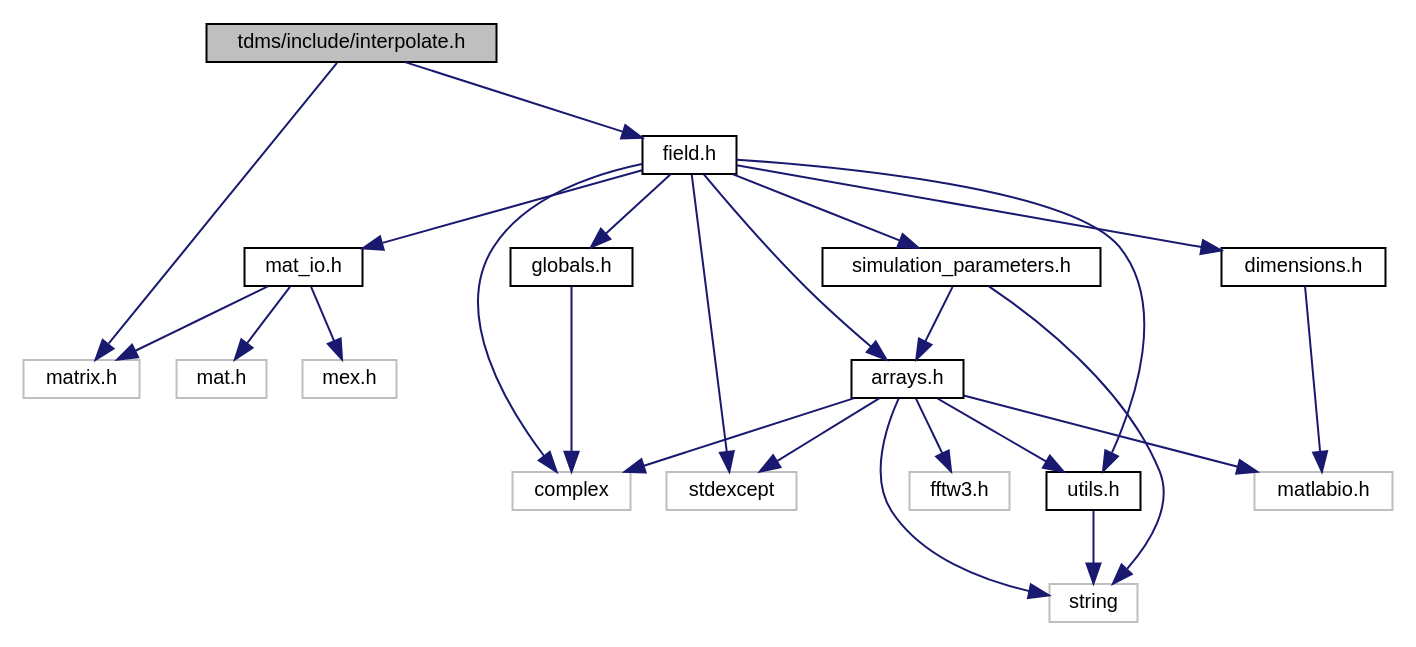
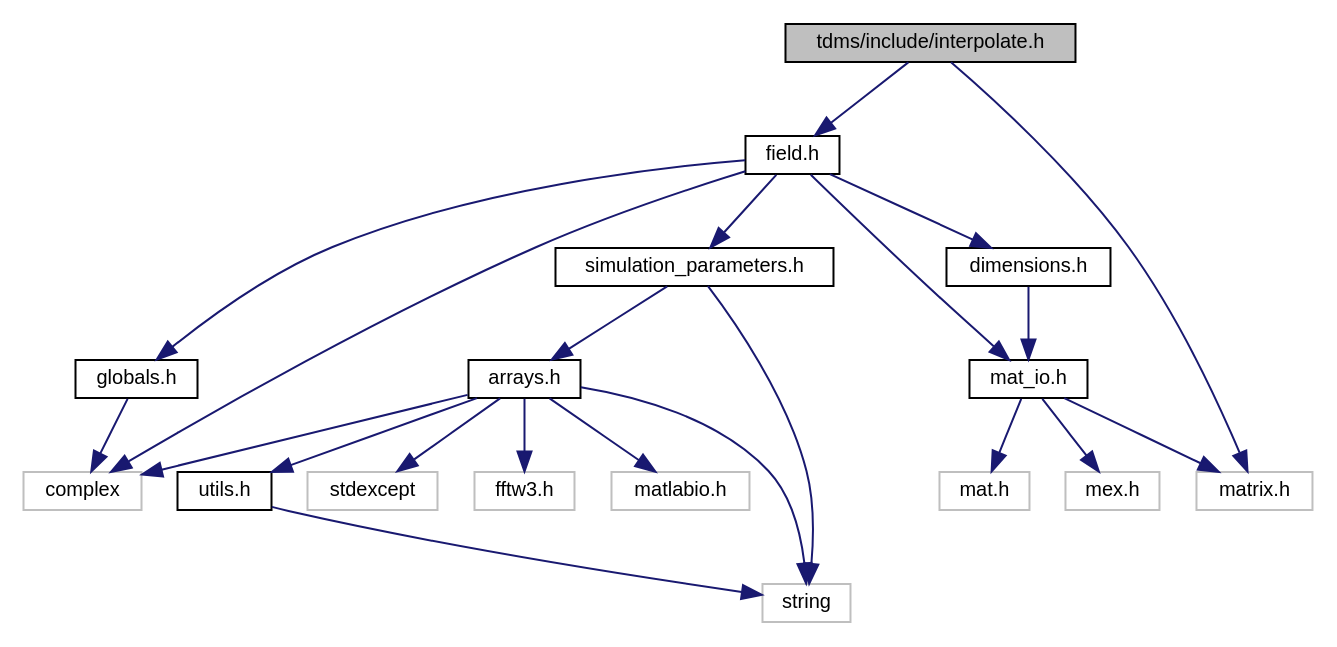
Before and after one commit to UCL/TDMS: the diagram in interpolate_8h__incl.dot, drawn with Graphviz. The commit also changed 145 other files, not shown here.

```diff
--- a/interpolate_8h__incl.dot
+++ b/interpolate_8h__incl.dot
@@ -1,46 +1,43 @@
 digraph "tdms/include/interpolate.h"
 {
  // LATEX_PDF_SIZE
   edge [fontname="Helvetica",fontsize="10",labelfontname="Helvetica",labelfontsize="10"];
   node [fontname="Helvetica",fontsize="10",shape=record];
   Node1 [label="tdms/include/interpolate.h",height=0.2,width=0.4,color="black", fillcolor="grey75", style="filled", fontcolor="black",tooltip="Interpolation of field values within FDTD grid."];
   Node1 -> Node2 [color="midnightblue",fontsize="10",style="solid",fontname="Helvetica"];
   Node2 [label="matrix.h",height=0.2,width=0.4,color="grey75", fillcolor="white", style="filled",tooltip=" "];
   Node1 -> Node3 [color="midnightblue",fontsize="10",style="solid",fontname="Helvetica"];
   Node3 [label="field.h",height=0.2,width=0.4,color="black", fillcolor="white", style="filled",URL="$field_8h.html",tooltip="Classes for the electric and magnetic (split) fields on a grid."];
   Node3 -> Node4 [color="midnightblue",fontsize="10",style="solid",fontname="Helvetica"];
   Node4 [label="complex",height=0.2,width=0.4,color="grey75", fillcolor="white", style="filled",tooltip=" "];
   Node3 -> Node5 [color="midnightblue",fontsize="10",style="solid",fontname="Helvetica"];
-  Node5 [label="stdexcept",height=0.2,width=0.4,color="grey75", fillcolor="white", style="filled",tooltip=" "];
+  Node5 [label="dimensions.h",height=0.2,width=0.4,color="black", fillcolor="white", style="filled",URL="$dimensions_8h.html",tooltip=" "];
+  Node5 -> Node6 [color="midnightblue",fontsize="10",style="solid",fontname="Helvetica"];
+  Node6 [label="mat_io.h",height=0.2,width=0.4,color="black", fillcolor="white", style="filled",URL="$mat__io_8h.html",tooltip="Includes MATLAB headers for I/O."];
+  Node6 -> Node7 [color="midnightblue",fontsize="10",style="solid",fontname="Helvetica"];
+  Node7 [label="mat.h",height=0.2,width=0.4,color="grey75", fillcolor="white", style="filled",tooltip=" "];
+  Node6 -> Node8 [color="midnightblue",fontsize="10",style="solid",fontname="Helvetica"];
+  Node8 [label="mex.h",height=0.2,width=0.4,color="grey75", fillcolor="white", style="filled",tooltip=" "];
+  Node6 -> Node2 [color="midnightblue",fontsize="10",style="solid",fontname="Helvetica"];
   Node3 -> Node6 [color="midnightblue",fontsize="10",style="solid",fontname="Helvetica"];
-  Node6 [label="arrays.h",height=0.2,width=0.4,color="black", fillcolor="white", style="filled",URL="$arrays_8h.html",tooltip="Classes describing arrays, vertices etc."];
-  Node6 -> Node4 [color="midnightblue",fontsize="10",style="solid",fontname="Helvetica"];
-  Node6 -> Node7 [color="midnightblue",fontsize="10",style="solid",fontname="Helvetica"];
-  Node7 [label="string",height=0.2,width=0.4,color="grey75", fillcolor="white", style="filled",tooltip=" "];
-  Node6 -> Node8 [color="midnightblue",fontsize="10",style="solid",fontname="Helvetica"];
-  Node8 [label="fftw3.h",height=0.2,width=0.4,color="grey75", fillcolor="white", style="filled",tooltip=" "];
-  Node6 -> Node5 [color="midnightblue",fontsize="10",style="solid",fontname="Helvetica"];
-  Node6 -> Node9 [color="midnightblue",fontsize="10",style="solid",fontname="Helvetica"];
-  Node9 [label="matlabio.h",height=0.2,width=0.4,color="grey75", fillcolor="white", style="filled",tooltip=" "];
-  Node6 -> Node10 [color="midnightblue",fontsize="10",style="solid",fontname="Helvetica"];
-  Node10 [label="utils.h",height=0.2,width=0.4,color="black", fillcolor="white", style="filled",URL="$utils_8h.html",tooltip="Useful miscellaneous utility functions."];
-  Node10 -> Node7 [color="midnightblue",fontsize="10",style="solid",fontname="Helvetica"];
-  Node3 -> Node11 [color="midnightblue",fontsize="10",style="solid",fontname="Helvetica"];
-  Node11 [label="dimensions.h",height=0.2,width=0.4,color="black", fillcolor="white", style="filled",URL="$dimensions_8h.html",tooltip=" "];
-  Node11 -> Node9 [color="midnightblue",fontsize="10",style="solid",fontname="Helvetica"];
-  Node3 -> Node12 [color="midnightblue",fontsize="10",style="solid",fontname="Helvetica"];
-  Node12 [label="mat_io.h",height=0.2,width=0.4,color="black", fillcolor="white", style="filled",URL="$mat__io_8h.html",tooltip="Includes MATLAB headers for I/O."];
-  Node12 -> Node13 [color="midnightblue",fontsize="10",style="solid",fontname="Helvetica"];
-  Node13 [label="mat.h",height=0.2,width=0.4,color="grey75", fillcolor="white", style="filled",tooltip=" "];
-  Node12 -> Node14 [color="midnightblue",fontsize="10",style="solid",fontname="Helvetica"];
-  Node14 [label="mex.h",height=0.2,width=0.4,color="grey75", fillcolor="white", style="filled",tooltip=" "];
-  Node12 -> Node2 [color="midnightblue",fontsize="10",style="solid",fontname="Helvetica"];
-  Node3 -> Node15 [color="midnightblue",fontsize="10",style="solid",fontname="Helvetica"];
-  Node15 [label="simulation_parameters.h",height=0.2,width=0.4,color="black", fillcolor="white", style="filled",URL="$simulation__parameters_8h.html",tooltip="Classes collecting parameters for the simulation."];
-  Node15 -> Node7 [color="midnightblue",fontsize="10",style="solid",fontname="Helvetica"];
-  Node15 -> Node6 [color="midnightblue",fontsize="10",style="solid",fontname="Helvetica"];
-  Node3 -> Node10 [color="midnightblue",fontsize="10",style="solid",fontname="Helvetica"];
+  Node3 -> Node9 [color="midnightblue",fontsize="10",style="solid",fontname="Helvetica"];
+  Node9 [label="simulation_parameters.h",height=0.2,width=0.4,color="black", fillcolor="white", style="filled",URL="$simulation__parameters_8h.html",tooltip="Classes collecting parameters for the simulation."];
+  Node9 -> Node10 [color="midnightblue",fontsize="10",style="solid",fontname="Helvetica"];
+  Node10 [label="string",height=0.2,width=0.4,color="grey75", fillcolor="white", style="filled",tooltip=" "];
+  Node9 -> Node11 [color="midnightblue",fontsize="10",style="solid",fontname="Helvetica"];
+  Node11 [label="arrays.h",height=0.2,width=0.4,color="black", fillcolor="white", style="filled",URL="$arrays_8h.html",tooltip="Classes describing arrays, vertices etc."];
+  Node11 -> Node4 [color="midnightblue",fontsize="10",style="solid",fontname="Helvetica"];
+  Node11 -> Node10 [color="midnightblue",fontsize="10",style="solid",fontname="Helvetica"];
+  Node11 -> Node12 [color="midnightblue",fontsize="10",style="solid",fontname="Helvetica"];
+  Node12 [label="stdexcept",height=0.2,width=0.4,color="grey75", fillcolor="white", style="filled",tooltip=" "];
+  Node11 -> Node13 [color="midnightblue",fontsize="10",style="solid",fontname="Helvetica"];
+  Node13 [label="fftw3.h",height=0.2,width=0.4,color="grey75", fillcolor="white", style="filled",tooltip=" "];
+  Node11 -> Node14 [color="midnightblue",fontsize="10",style="solid",fontname="Helvetica"];
+  Node14 [label="matlabio.h",height=0.2,width=0.4,color="grey75", fillcolor="white", style="filled",tooltip=" "];
+  Node11 -> Node15 [color="midnightblue",fontsize="10",style="solid",fontname="Helvetica"];
+  Node15 [label="utils.h",height=0.2,width=0.4,color="black", fillcolor="white", style="filled",URL="$utils_8h.html",tooltip="Useful miscellaneous utility functions."];
+  Node15 -> Node10 [color="midnightblue",fontsize="10",style="solid",fontname="Helvetica"];
   Node3 -> Node16 [color="midnightblue",fontsize="10",style="solid",fontname="Helvetica"];
   Node16 [label="globals.h",height=0.2,width=0.4,color="black", fillcolor="white", style="filled",URL="$globals_8h.html",tooltip="Type definitions and global constants."];
   Node16 -> Node4 [color="midnightblue",fontsize="10",style="solid",fontname="Helvetica"];
 }
```
